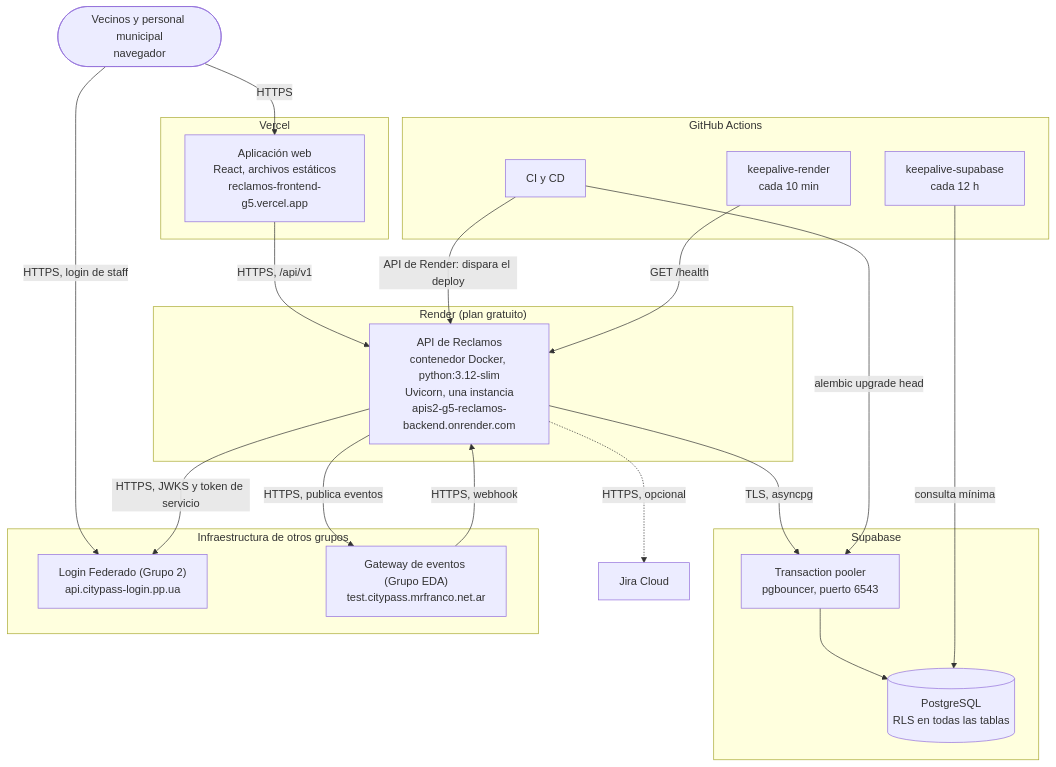
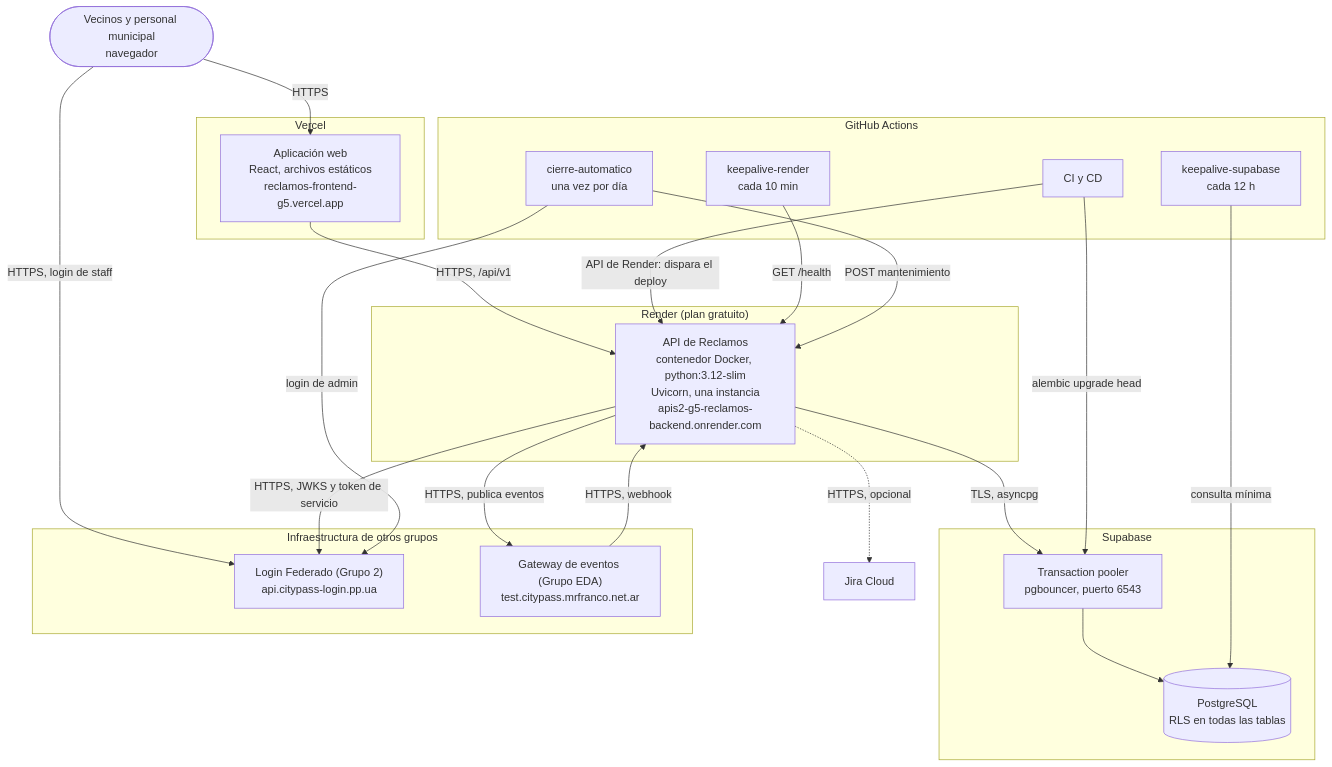
The diagram in docs/arquitectura/vista-fisica.md (agustin-perez-data/APIS2-G5-RECLAMOS-BACKEND), drawn with Mermaid before and after one commit. The commit also changed other lines of this file and 11 other files, not shown here.

First line of the commit message:
G5D-7: cierre automatico programado, escaneos en el CI y limpieza de Railway

````diff
--- a/docs/arquitectura/vista-fisica.md
+++ b/docs/arquitectura/vista-fisica.md
@@ -9,45 +9,48 @@
 ```mermaid
 flowchart TB
     usuarios(["Vecinos y personal municipal<br/>navegador"])
 
     subgraph vercel["Vercel"]
         spa["Aplicación web<br/>React, archivos estáticos<br/>reclamos-frontend-g5.vercel.app"]
     end
 
     subgraph render["Render (plan gratuito)"]
         api["API de Reclamos<br/>contenedor Docker, python:3.12-slim<br/>Uvicorn, una instancia<br/>apis2-g5-reclamos-backend.onrender.com"]
     end
 
     subgraph supabase["Supabase"]
         pooler["Transaction pooler<br/>pgbouncer, puerto 6543"]
         pg[("PostgreSQL<br/>RLS en todas las tablas")]
         pooler --> pg
     end
 
     subgraph github["GitHub Actions"]
         cicd["CI y CD"]
         keepR["keepalive-render<br/>cada 10 min"]
         keepS["keepalive-supabase<br/>cada 12 h"]
+        cierre["cierre-automatico<br/>una vez por día"]
     end
 
     subgraph externos["Infraestructura de otros grupos"]
         idp["Login Federado (Grupo 2)<br/>api.citypass-login.pp.ua"]
         gateway["Gateway de eventos (Grupo EDA)<br/>test.citypass.mrfranco.net.ar"]
     end
 
     jira["Jira Cloud"]
 
     usuarios -->|"HTTPS"| spa
     usuarios -->|"HTTPS, login de staff"| idp
     spa -->|"HTTPS, /api/v1"| api
     api -->|"TLS, asyncpg"| pooler
     api -->|"HTTPS, JWKS y token de servicio"| idp
     api -->|"HTTPS, publica eventos"| gateway
     gateway -->|"HTTPS, webhook"| api
     api -.->|"HTTPS, opcional"| jira
 
     cicd -->|"alembic upgrade head"| pooler
     cicd -->|"API de Render: dispara el deploy"| api
     keepR -->|"GET /health"| api
     keepS -->|"consulta mínima"| pg
+    cierre -->|"login de admin"| idp
+    cierre -->|"POST mantenimiento"| api
 ```
````
